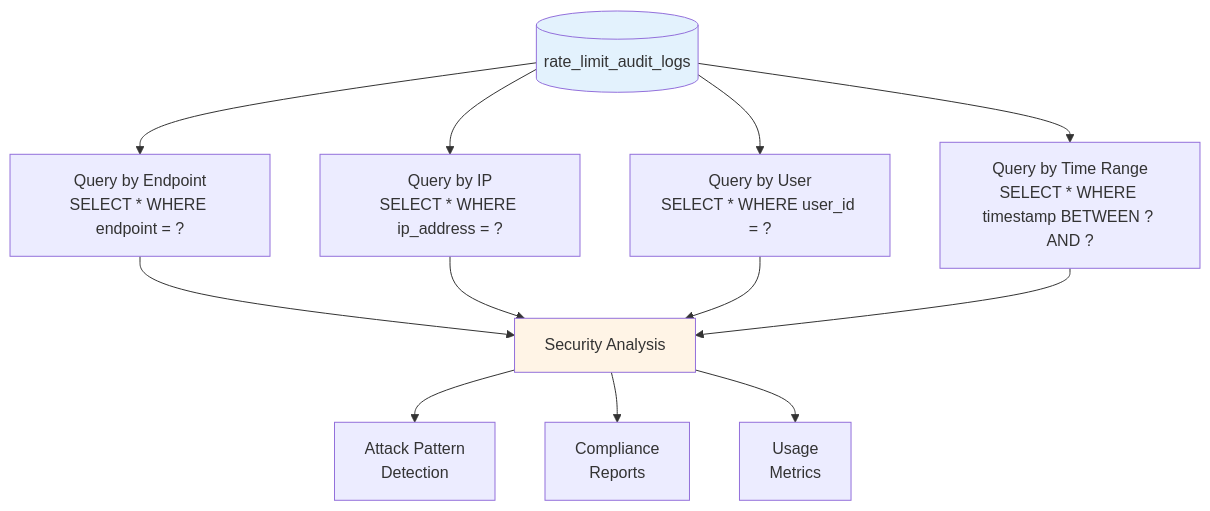
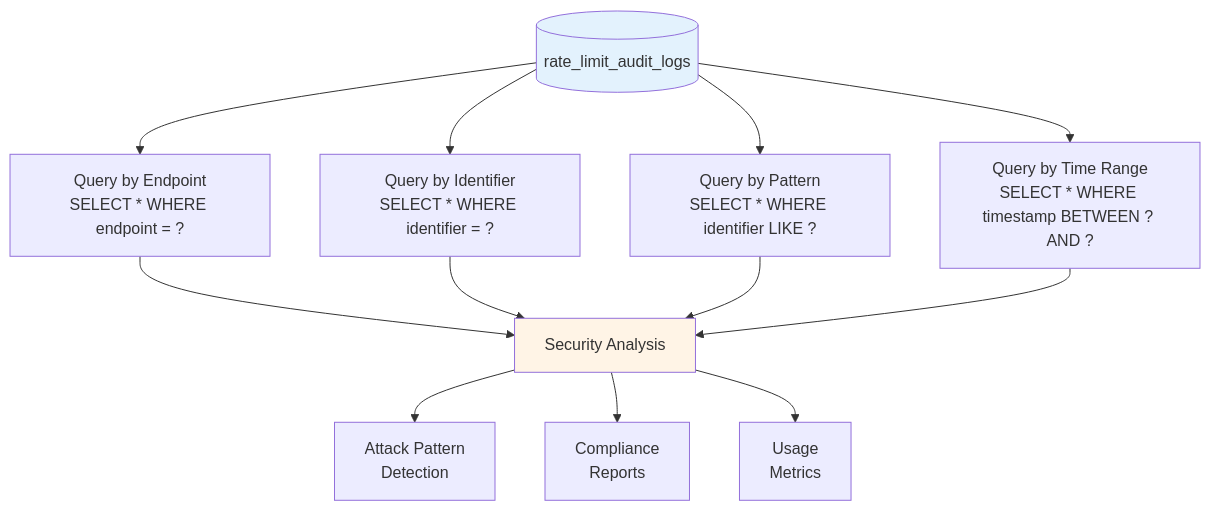
The second of 2 diagrams in src/rate_limiter/docs/observability.md (faiyaz7283/dashtam-api), drawn with Mermaid before and after one commit. The commit also changed other lines of this file and 26 other files, not shown here.

````diff
--- a/src/rate_limiter/docs/observability.md
+++ b/src/rate_limiter/docs/observability.md
@@ -271,21 +273,21 @@
 ```mermaid
 flowchart TB
     Logs[(rate_limit_audit_logs)]
     
     Logs --> Q1[Query by Endpoint<br/>SELECT * WHERE endpoint = ?]
-    Logs --> Q2[Query by IP<br/>SELECT * WHERE ip_address = ?]
-    Logs --> Q3[Query by User<br/>SELECT * WHERE user_id = ?]
+    Logs --> Q2[Query by Identifier<br/>SELECT * WHERE identifier = ?]
+    Logs --> Q3[Query by Pattern<br/>SELECT * WHERE identifier LIKE ?]
     Logs --> Q4[Query by Time Range<br/>SELECT * WHERE timestamp BETWEEN ? AND ?]
     
     Q1 --> Analysis[Security Analysis]
     Q2 --> Analysis
     Q3 --> Analysis
     Q4 --> Analysis
     
     Analysis --> Patterns[Attack Pattern<br/>Detection]
     Analysis --> Reports[Compliance<br/>Reports]
     Analysis --> Metrics[Usage<br/>Metrics]
     
     style Logs fill:#e3f2fd
     style Analysis fill:#fff4e6
 ```
````
